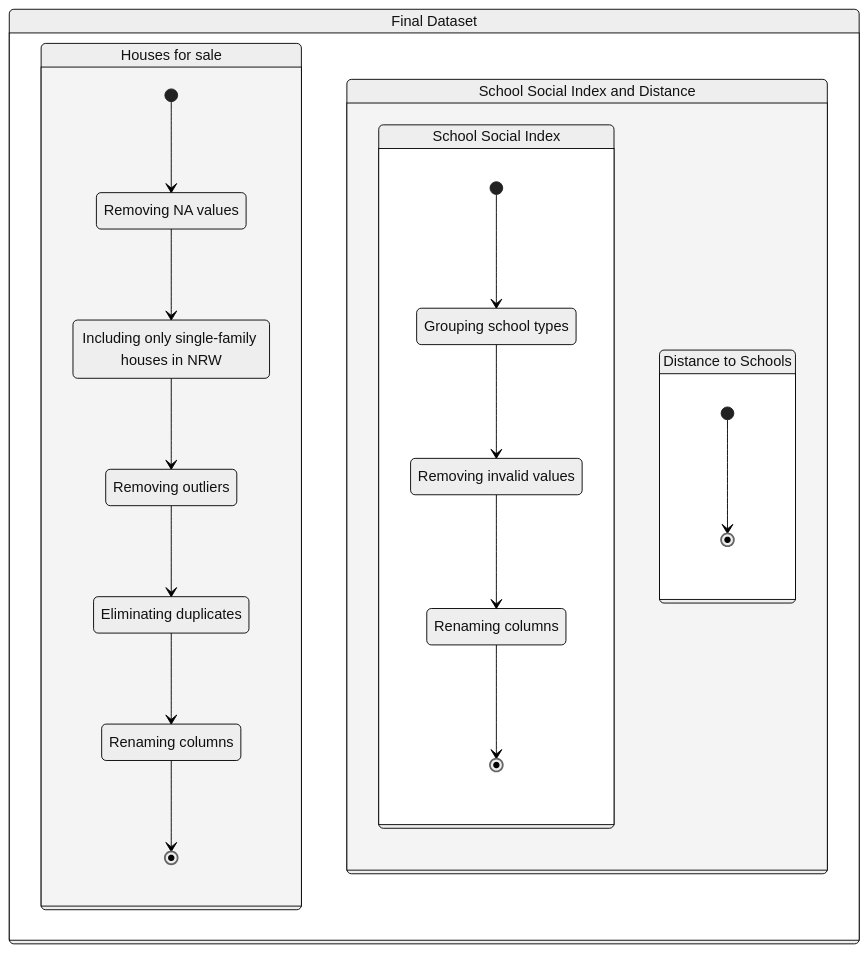
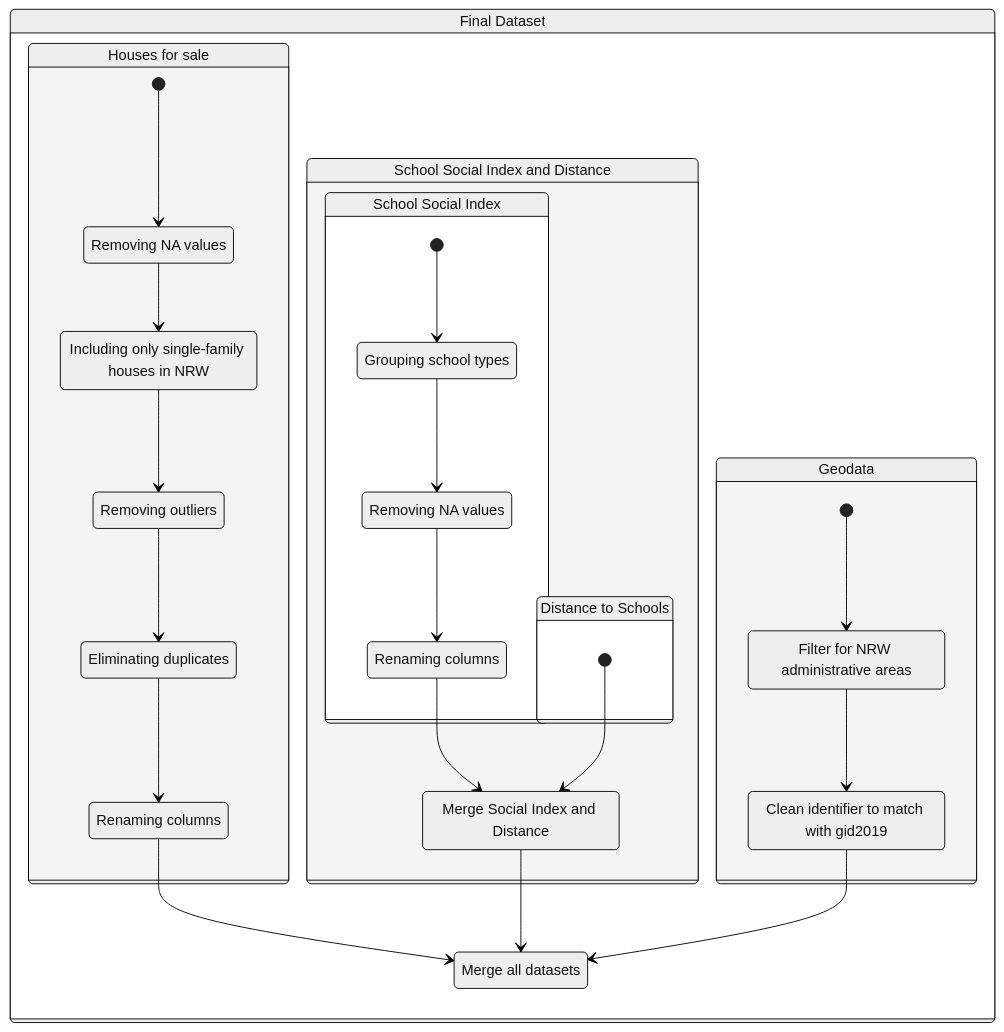
Before and after one commit to Sall2008/Data-Analysis-Using-R-Project-: the first of 2 diagrams in presentation_results.qmd, drawn with Mermaid (neutral theme). The commit also changed other lines of this file and 1 other file, not shown here.

First line of the commit message:
Refined the first slides with the data preparation graphics.

````diff
--- a/presentation_results.qmd
+++ b/presentation_results.qmd
@@ -152,49 +152,63 @@
 ```{mermaid}
 %%| fig-height: 2.6
 
 stateDiagram-v2
     direction LR
 
     Final: Final Dataset
     state Final {
         
         Housing: Houses for sale
         state Housing {
             [*] --> NA
             NA: Removing NA values
             NA --> File
             File: Including only single-family houses in NRW
             File --> Outl
             Outl: Removing outliers
             Outl --> Dedu
             Dedu: Eliminating duplicates 
             Dedu --> Muta
             Muta: Renaming columns
-            Muta --> [*]
+            Muta --> Merge
         }
         
         School_Dist: School Social Index and Distance
         state School_Dist {
 
             Index: School Social Index
             state Index {
                 [*] --> Types
                 Types: Grouping school types
                 Types --> Remo
-                Remo: Removing invalid values
+                Remo: Removing NA values
                 Remo --> Muta2
                 Muta2: Renaming columns
-                Muta2 --> [*]
+                Muta2 --> MergeSI
             }
 
 
             Dist: Distance to Schools
             state Dist {
-                [*] --> [*]
+                [*] --> MergeSI
             }
-
+            
+            MergeSI: Merge Social Index and Distance
+            MergeSI --> Merge
         }
+        
+        Geodata: 
+        state Geodata {
+                [*] --> NRWarea
+                NRWarea: Filter for NRW administrative areas
+                NRWarea --> RemP
+                RemP: Clean identifier to match with gid2019
+                RemP --> Merge
+        
+        }
+        
+        Merge: Merge all datasets
 
     }
 
 ```
````
